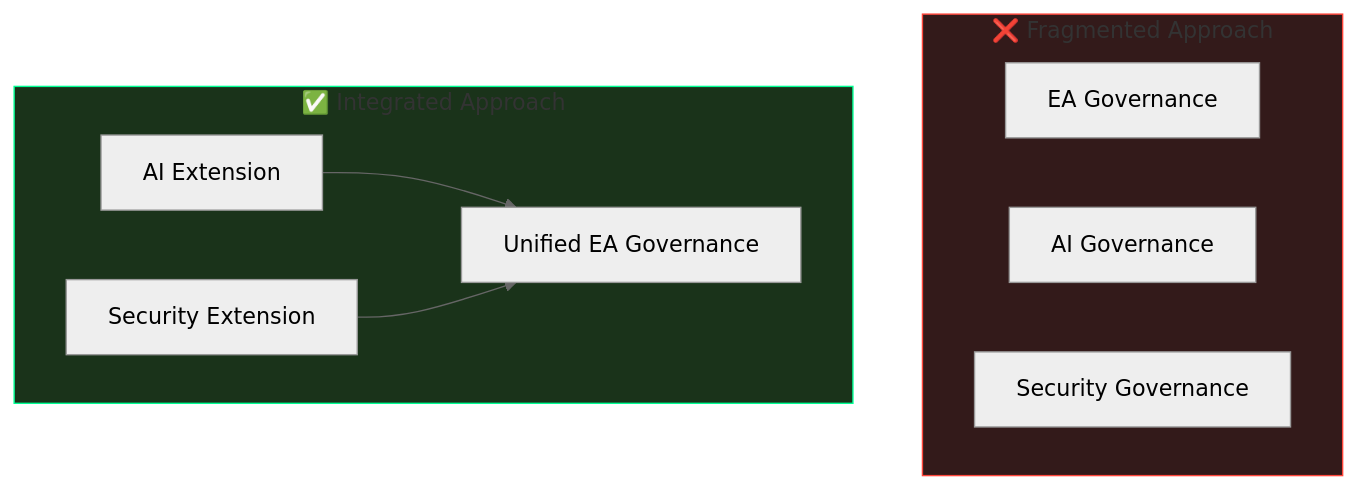
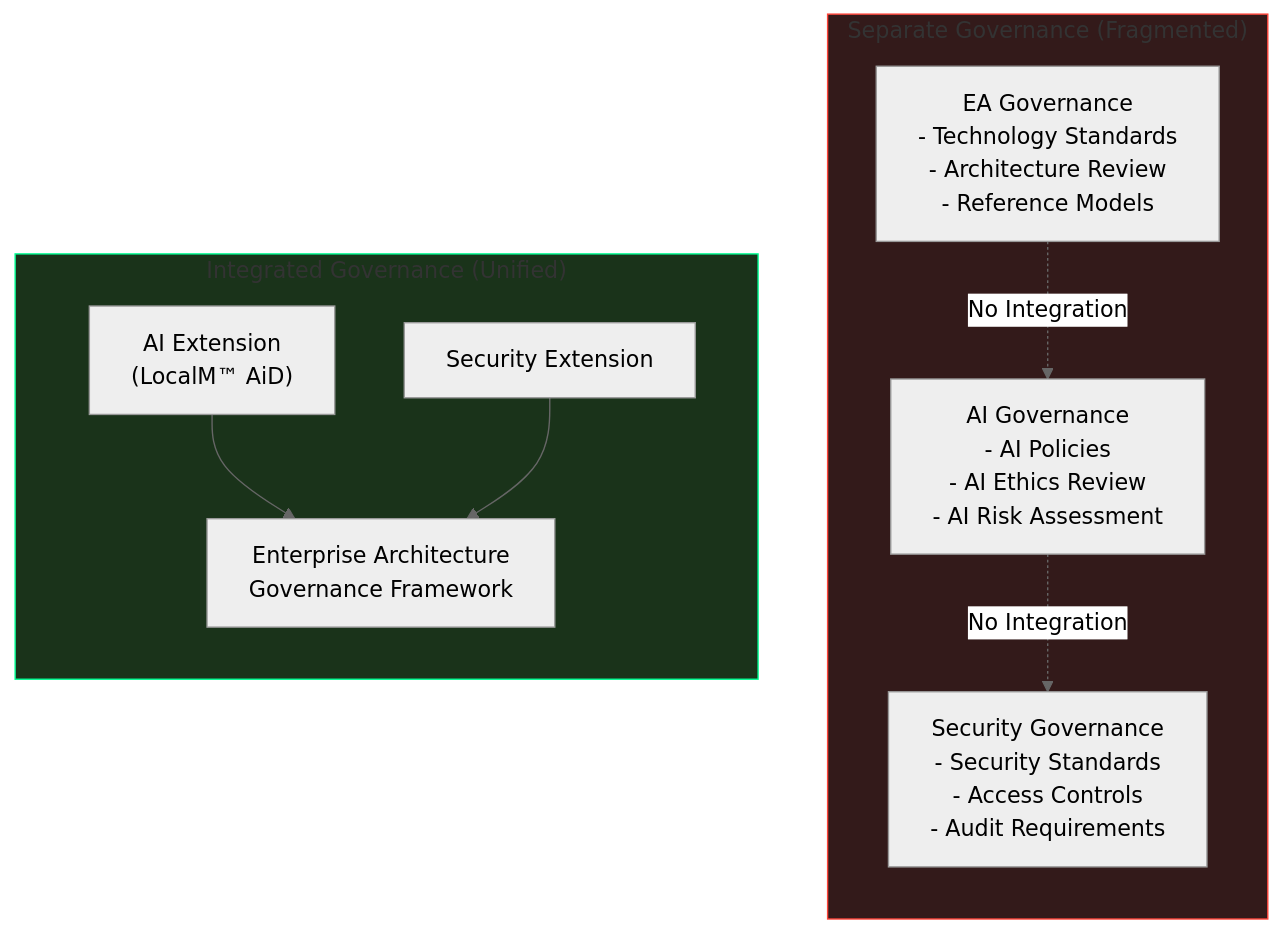
Before and after one commit to nilayparikh/ai-agent-ea-framework: the second of 8 diagrams in blog/ea-framework-integration/index.md, drawn with Mermaid (neutral theme). The commit also changed other lines of this file, not shown here.

Commit message:
refactor: Update article title and content to emphasize EA as a process amalgamator for AI governance

````diff
--- a/blog/ea-framework-integration/index.md
+++ b/blog/ea-framework-integration/index.md
@@ -62,20 +129,25 @@
 ```mermaid
 flowchart TB
-    subgraph wrong["❌ Fragmented Approach"]
-        ea1["EA Governance"]
-        ai1["AI Governance"]
-        sec1["Security Governance"]
+    subgraph separate["Separate Governance (Fragmented)"]
+        direction TB
+        ea_sep["EA Governance<br/>- Technology Standards<br/>- Architecture Review<br/>- Reference Models"]
+        ai_sep["AI Governance<br/>- AI Policies<br/>- AI Ethics Review<br/>- AI Risk Assessment"]
+        sec_sep["Security Governance<br/>- Security Standards<br/>- Access Controls<br/>- Audit Requirements"]
+
+        ea_sep -.->|"No Integration"| ai_sep
+        ai_sep -.->|"No Integration"| sec_sep
     end
 
-    subgraph right["✅ Integrated Approach"]
-        ea2["Unified EA Governance"]
-        ai2["AI Extension"]
-        sec2["Security Extension"]
+    subgraph integrated["Integrated Governance (Unified)"]
+        direction TB
+        unified["Enterprise Architecture<br/>Governance Framework"]
+        ai_ext["AI Extension<br/>(LocalM™ AiD)"]
+        sec_ext["Security Extension"]
 
-        ai2 --> ea2
-        sec2 --> ea2
+        ai_ext --> unified
+        sec_ext --> unified
     end
 
-    style wrong fill:#331a1a,stroke:#ff453a
-    style right fill:#1a331a,stroke:#00ff94
+    style separate fill:#331a1a,stroke:#ff453a
+    style integrated fill:#1a331a,stroke:#00ff94
 ```
````
